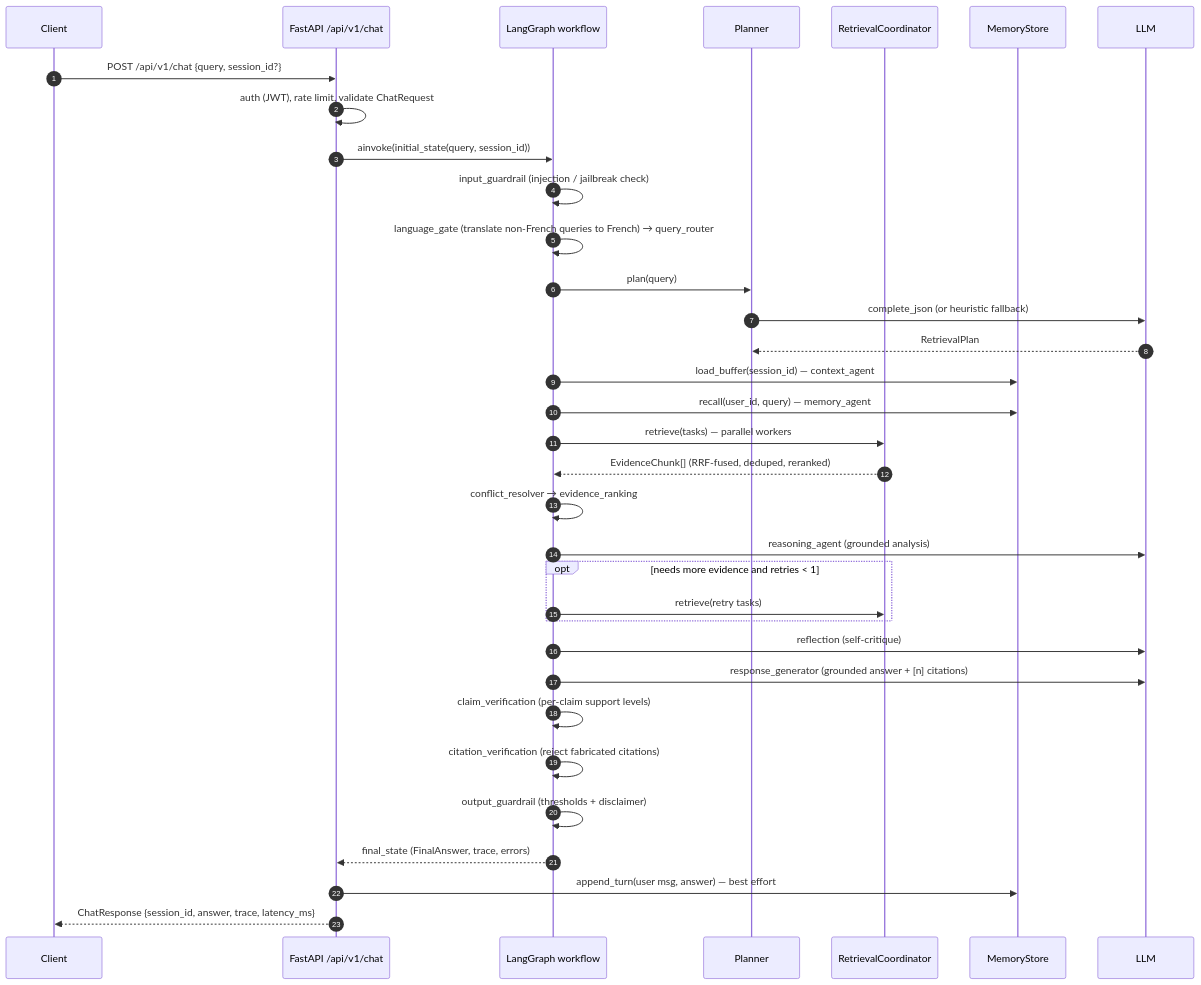
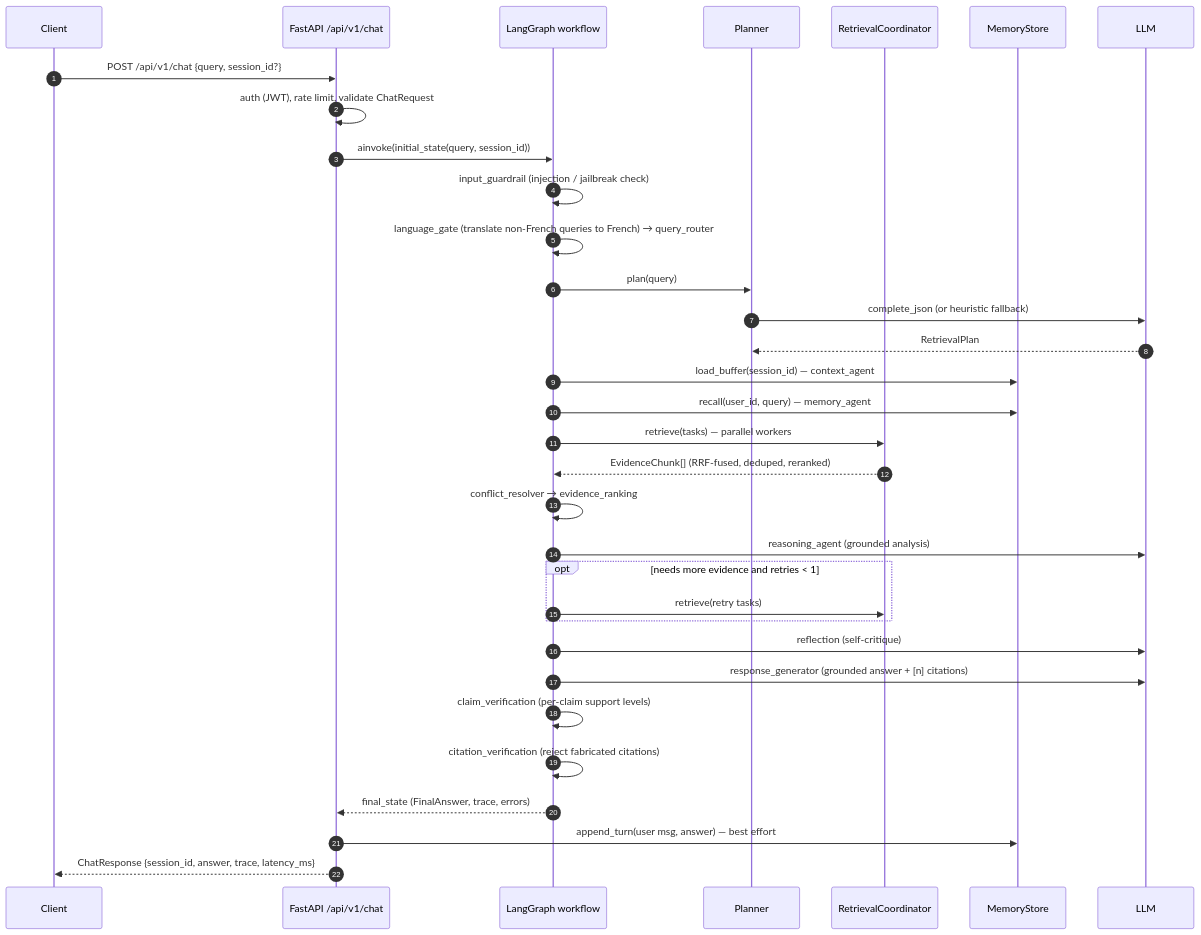
Before and after one commit to sanaaloute/La-loi-dit: the second of 2 diagrams in docs/workflow.md, drawn with Mermaid. The commit also changed other lines of this file and 14 other files, not shown here.

First line of the commit message:
feat(chat): drop output guardrail step + make stop button kill the run

````diff
--- a/docs/workflow.md
+++ b/docs/workflow.md
@@ -70,37 +69,36 @@
 ```mermaid
 sequenceDiagram
     autonumber
     participant U as Client
     participant API as FastAPI /api/v1/chat
     participant W as LangGraph workflow
     participant P as Planner
     participant R as RetrievalCoordinator
     participant M as MemoryStore
     participant L as LLM
 
     U->>API: POST /api/v1/chat {query, session_id?}
     API->>API: auth (JWT), rate limit, validate ChatRequest
     API->>W: ainvoke(initial_state(query, session_id))
     W->>W: input_guardrail (injection / jailbreak check)
     W->>W: language_gate (translate non-French queries to French) → query_router
     W->>P: plan(query)
     P->>L: complete_json (or heuristic fallback)
     L-->>P: RetrievalPlan
     W->>M: load_buffer(session_id) — context_agent
     W->>M: recall(user_id, query) — memory_agent
     W->>R: retrieve(tasks) — parallel workers
     R-->>W: EvidenceChunk[] (RRF-fused, deduped, reranked)
     W->>W: conflict_resolver → evidence_ranking
     W->>L: reasoning_agent (grounded analysis)
     opt needs more evidence and retries < 1
         W->>R: retrieve(retry tasks)
     end
     W->>L: reflection (self-critique)
     W->>L: response_generator (grounded answer + [n] citations)
     W->>W: claim_verification (per-claim support levels)
     W->>W: citation_verification (reject fabricated citations)
-    W->>W: output_guardrail (thresholds + disclaimer)
     W-->>API: final_state (FinalAnswer, trace, errors)
     API->>M: append_turn(user msg, answer) — best effort
     API-->>U: ChatResponse {session_id, answer, trace, latency_ms}
 ```
````
